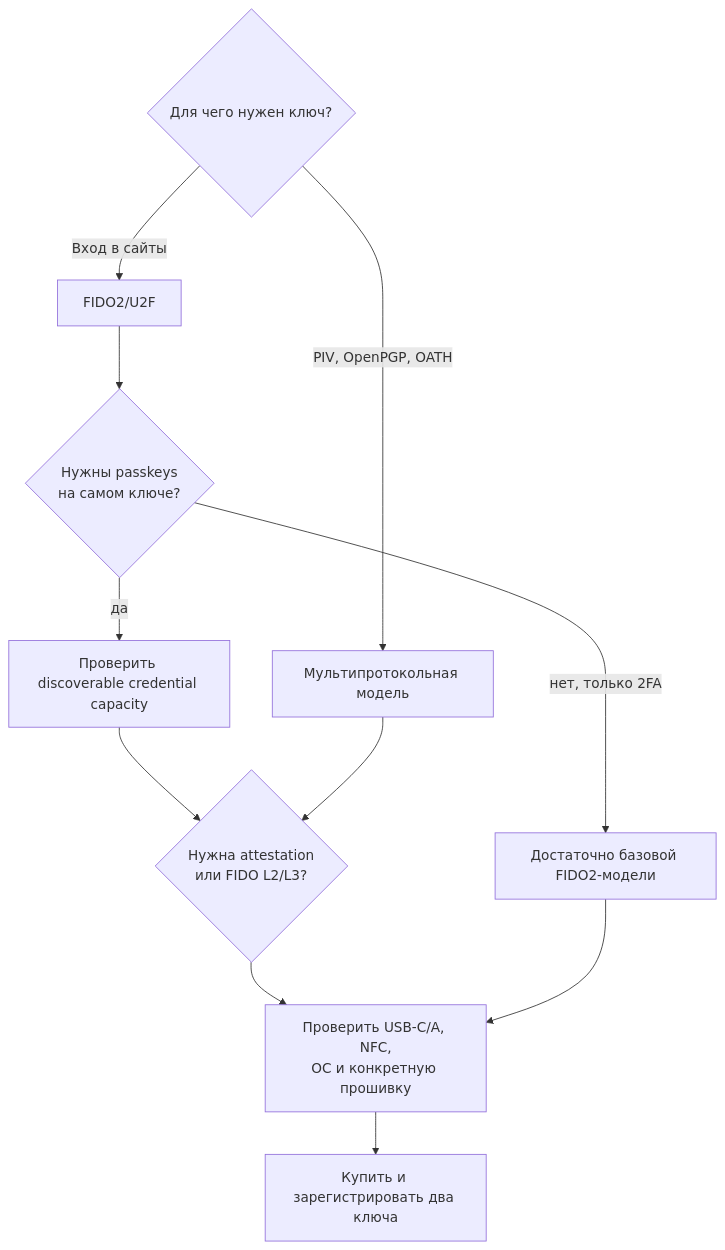
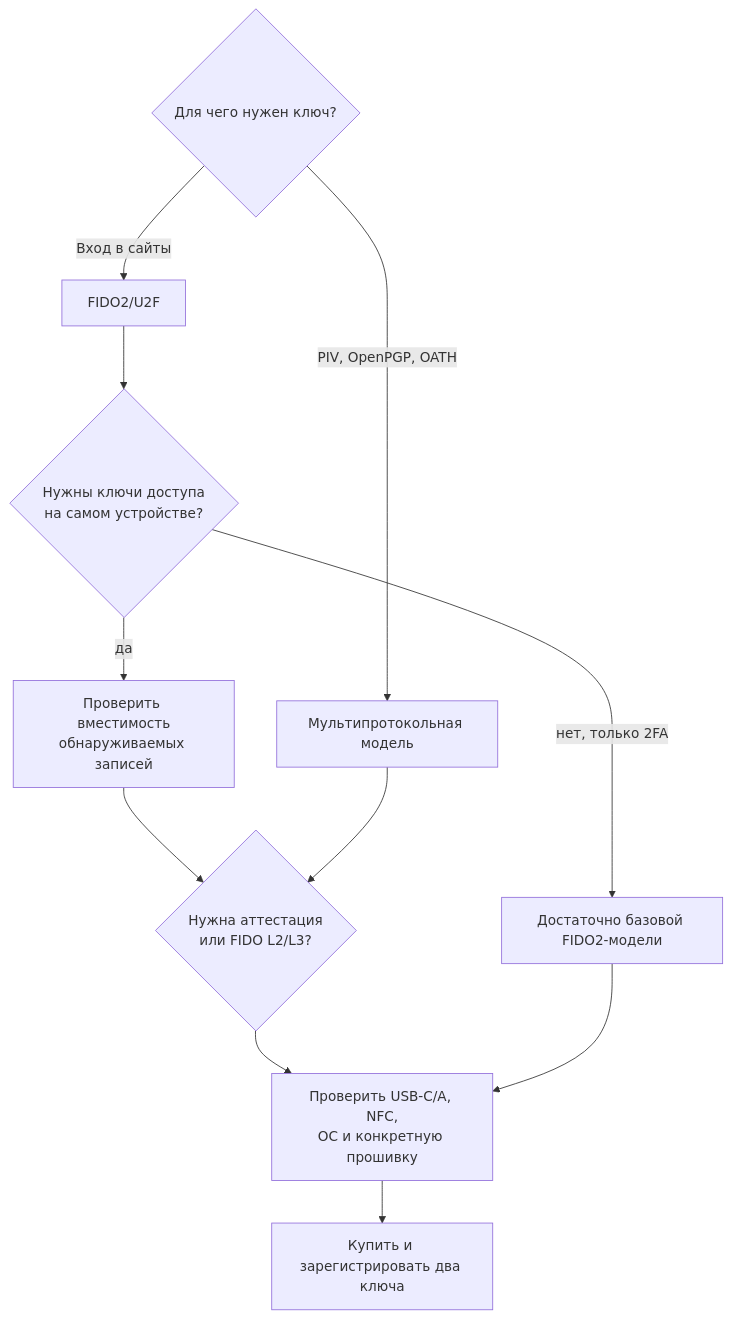
One commit to zapret-discordyoutube/todo changed the second of 2 diagrams in FIDO/hardware-security-keys.md. Above: the diagram before and after it, drawn with Mermaid. The commit also changed other lines of this file and 8 other files, not shown here.

````diff
--- a/FIDO/hardware-security-keys.md
+++ b/FIDO/hardware-security-keys.md
@@ -126,14 +168,14 @@
 ```mermaid
 flowchart TD
     Need{"Для чего нужен ключ?"}
     Need -->|"Вход в сайты"| FIDO["FIDO2/U2F"]
     Need -->|"PIV, OpenPGP, OATH"| Multi["Мультипротокольная модель"]
-    FIDO --> Passkeys{"Нужны passkeys<br>на самом ключе?"}
-    Passkeys -->|"да"| Capacity["Проверить discoverable credential capacity"]
+    FIDO --> Passkeys{"Нужны ключи доступа<br>на самом устройстве?"}
+    Passkeys -->|"да"| Capacity["Проверить вместимость<br>обнаруживаемых записей"]
     Passkeys -->|"нет, только 2FA"| Basic["Достаточно базовой FIDO2-модели"]
-    Capacity --> Assurance{"Нужна attestation<br>или FIDO L2/L3?"}
+    Capacity --> Assurance{"Нужна аттестация<br>или FIDO L2/L3?"}
     Multi --> Assurance
     Assurance --> Ports["Проверить USB-C/A, NFC,<br>ОС и конкретную прошивку"]
     Basic --> Ports
     Ports --> Pair["Купить и зарегистрировать два ключа"]
 ```
````
